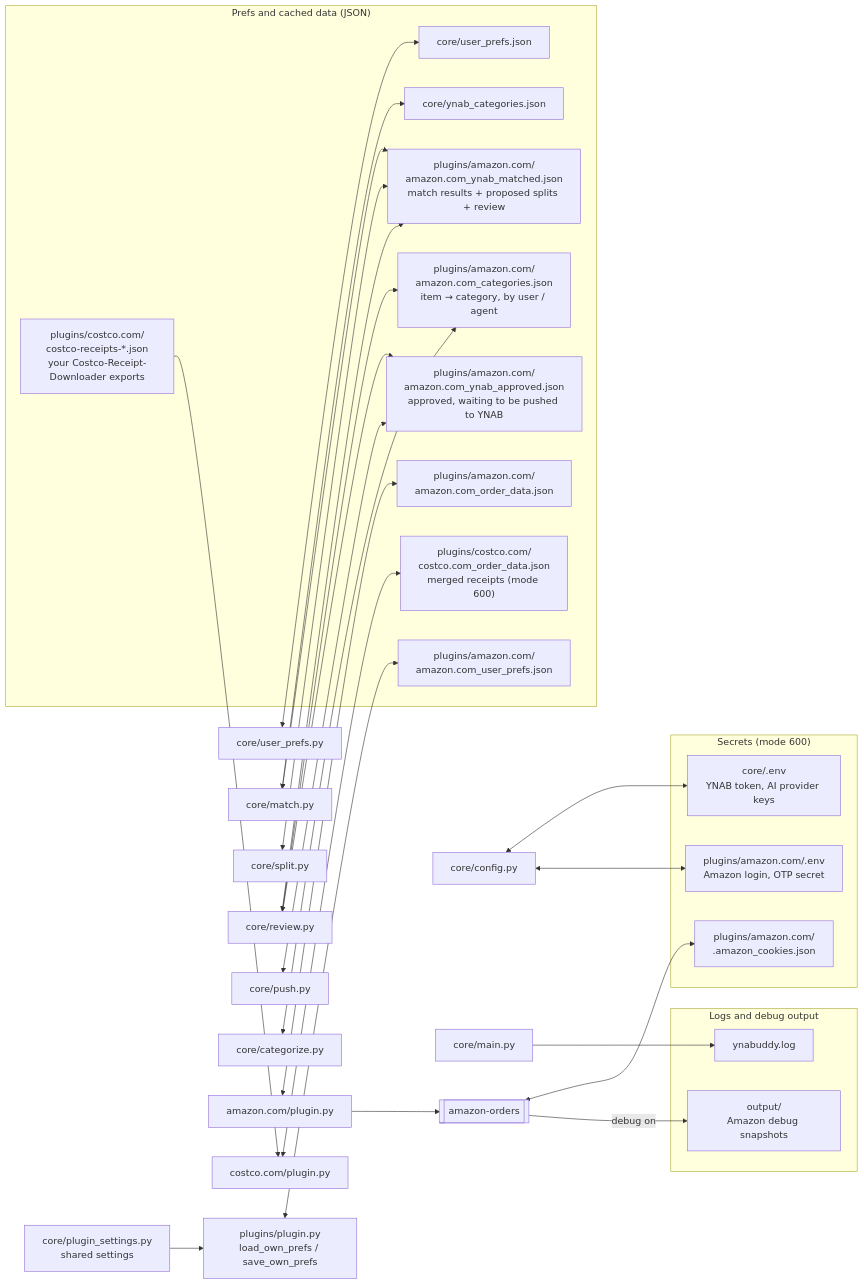
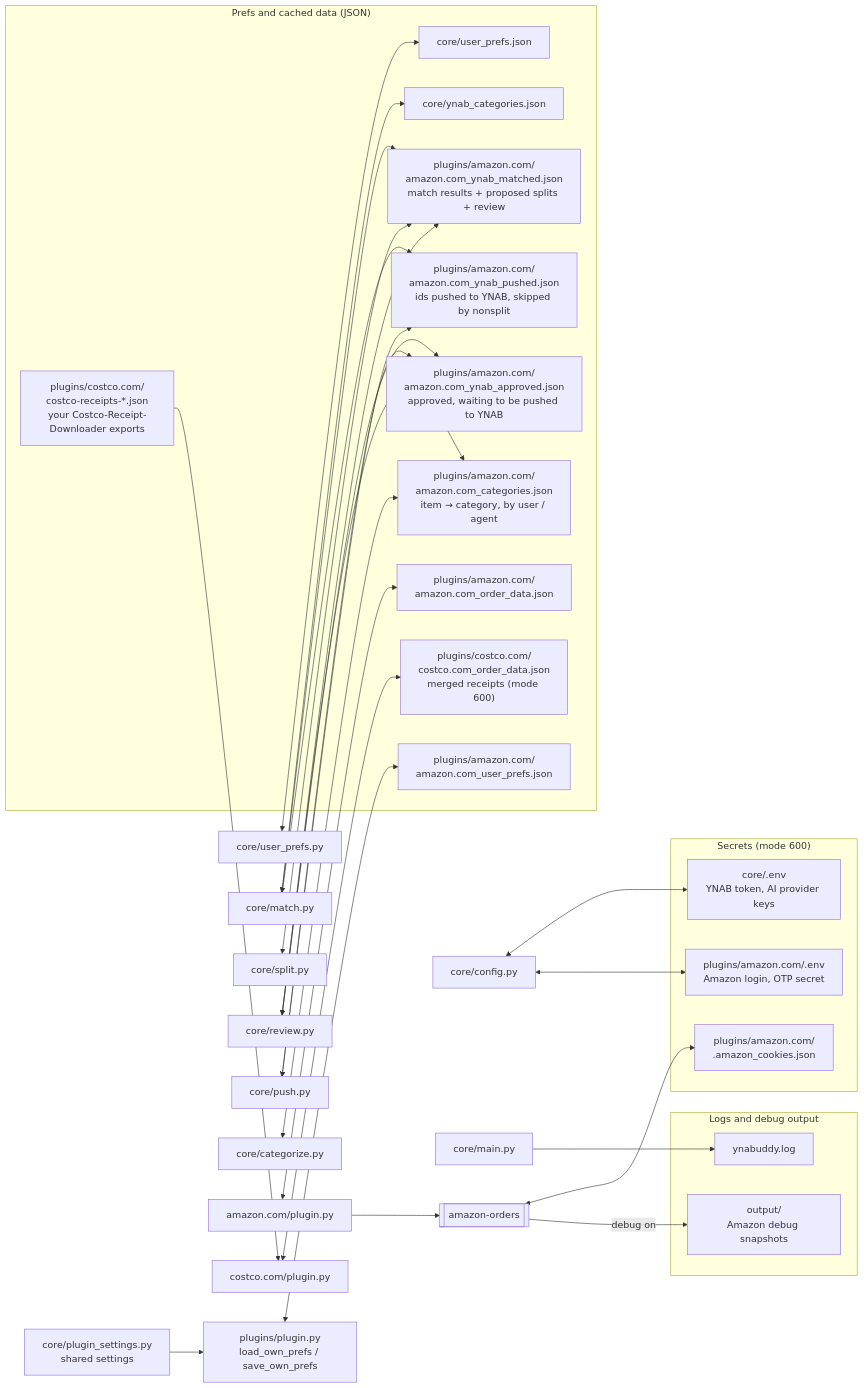
The fifth of 5 diagrams in DIAGRAM.md (PirateIncognito/ynab-order-splitter), drawn with Mermaid before and after one commit. The commit also changed other lines of this file and 10 other files, not shown here.

````diff
--- a/DIAGRAM.md
+++ b/DIAGRAM.md
@@ -246,43 +246,45 @@
 ```mermaid
 flowchart LR
     subgraph secrets["Secrets (mode 600)"]
         coreenv["core/.env<br/>YNAB token, AI provider keys"]
         amzenv["plugins/amazon.com/.env<br/>Amazon login, OTP secret"]
         cookies["plugins/amazon.com/<br/>.amazon_cookies.json"]
     end
 
     subgraph state["Prefs and cached data (JSON)"]
         up["core/user_prefs.json"]
         cats["core/ynab_categories.json"]
         amzprefs["plugins/amazon.com/<br/>amazon.com_user_prefs.json"]
         orders["plugins/amazon.com/<br/>amazon.com_order_data.json"]
         amzcats["plugins/amazon.com/<br/>amazon.com_categories.json<br/>item → category, by user / agent"]
         results["plugins/amazon.com/<br/>amazon.com_ynab_matched.json<br/>match results + proposed splits + review"]
         approved["plugins/amazon.com/<br/>amazon.com_ynab_approved.json<br/>approved, waiting to be pushed to YNAB"]
+        pushed["plugins/amazon.com/<br/>amazon.com_ynab_pushed.json<br/>ids pushed to YNAB, skipped by nonsplit"]
         cosexports["plugins/costco.com/<br/>costco-receipts-*.json<br/>your Costco-Receipt-Downloader exports"]
         cosorders["plugins/costco.com/<br/>costco.com_order_data.json<br/>merged receipts (mode 600)"]
     end
 
     subgraph other["Logs and debug output"]
         logfile["ynabuddy.log"]
         snapshots["output/<br/>Amazon debug snapshots"]
     end
 
     config["core/config.py"] <--> coreenv & amzenv
     userprefs["core/user_prefs.py"] <--> up
     matchpy["core/match.py"] <--> cats & results
+    matchpy --> pushed
     splitpy["core/split.py"] <--> results
     reviewpy["core/review.py"] <--> results & amzcats
     reviewpy --> approved
-    pushpy["core/push.py"] <--> approved
+    pushpy["core/push.py"] <--> approved & pushed
     catpy["core/categorize.py"] <--> amzcats
     sdk["plugins/plugin.py<br/>load_own_prefs / save_own_prefs"] <--> amzprefs
     ps["core/plugin_settings.py<br/>shared settings"] --> sdk
     mainpy["core/main.py"] --> logfile
     amz["amazon.com/plugin.py"] <--> orders
     amzlib[["amazon-orders"]] <--> cookies
     amzlib -->|"debug on"| snapshots
     amz --> amzlib
     cos["costco.com/plugin.py"] <--> cosorders
     cosexports --> cos
 ```
````
